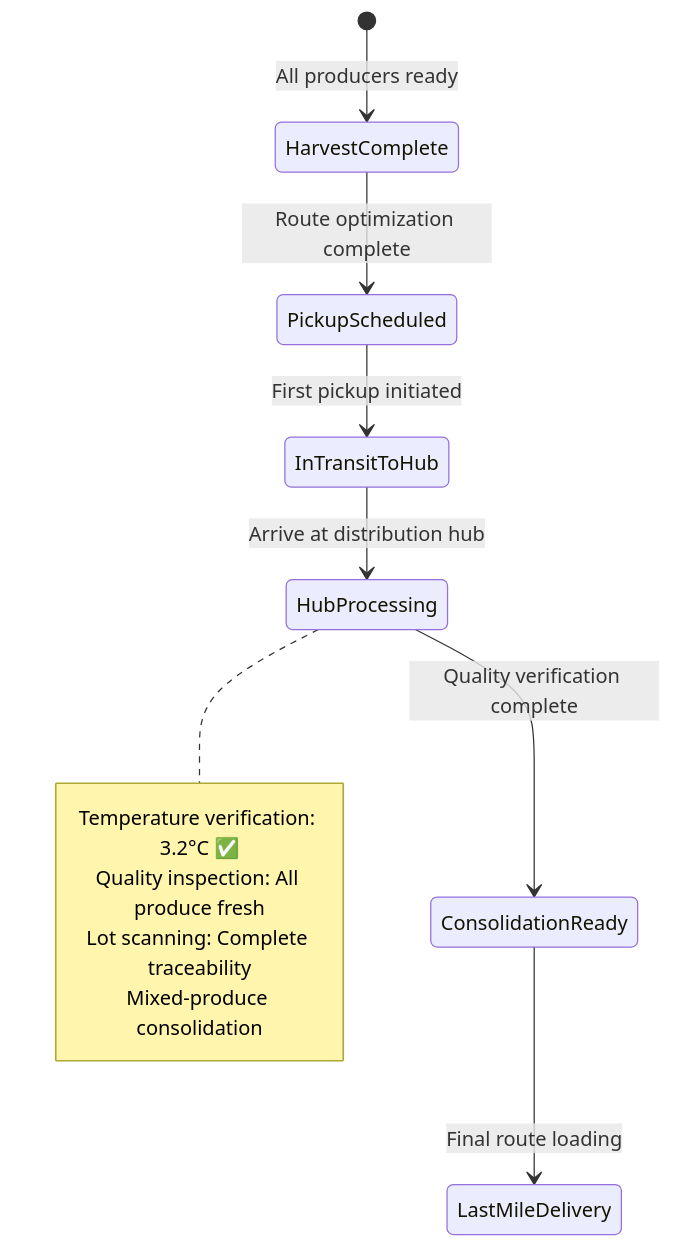
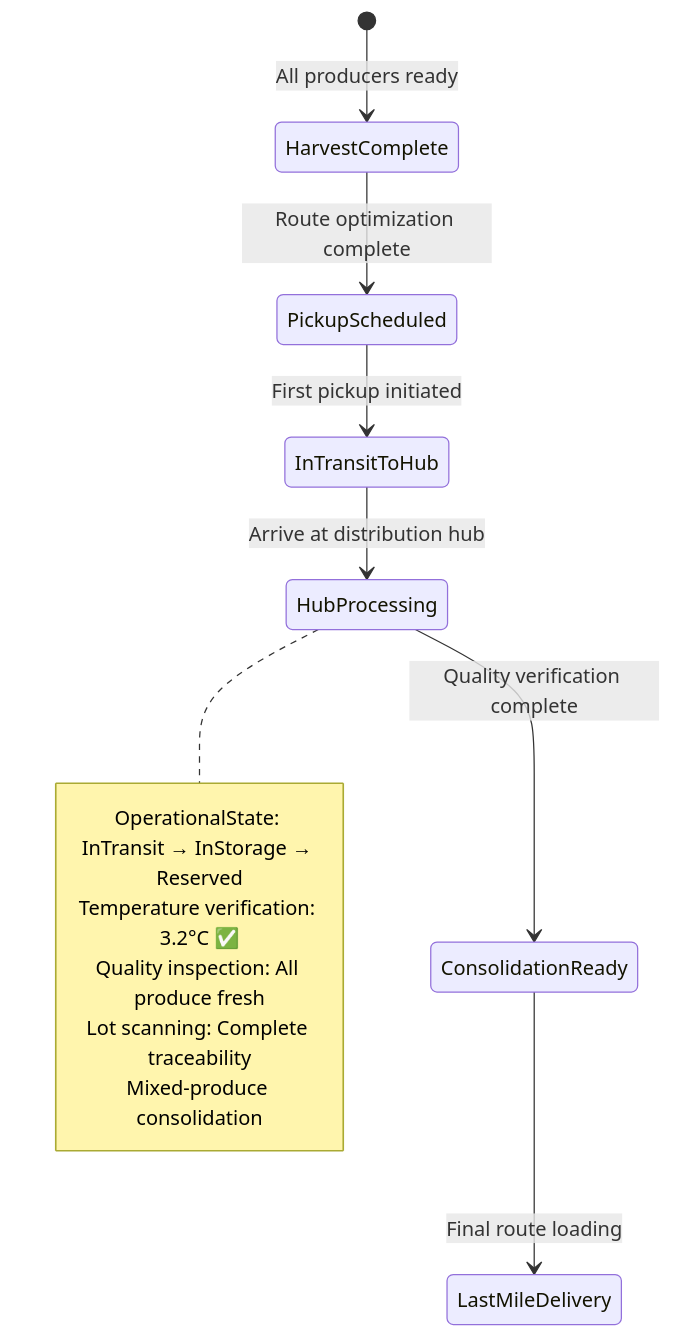
One commit to Sensorica/nondominium changed the third of 9 diagrams in documentation/Applications/user-story/user-story-food-basket.md. Above: the diagram before and after it, drawn with Mermaid. The commit also changed other lines of this file and 99 other files, not shown here.

````diff
--- a/documentation/Applications/user-story/user-story-food-basket.md
+++ b/documentation/Applications/user-story/user-story-food-basket.md
@@ -111,16 +128,17 @@
 ```mermaid
 stateDiagram-v2
     [*] --> HarvestComplete: All producers ready
     HarvestComplete --> PickupScheduled: Route optimization complete
     PickupScheduled --> InTransitToHub: First pickup initiated
     InTransitToHub --> HubProcessing: Arrive at distribution hub
     HubProcessing --> ConsolidationReady: Quality verification complete
     ConsolidationReady --> LastMileDelivery: Final route loading
 
     note right of HubProcessing
+        OperationalState: InTransit → InStorage → Reserved
         Temperature verification: 3.2°C ✅
         Quality inspection: All produce fresh
         Lot scanning: Complete traceability
         Mixed-produce consolidation
     end note
 ```
````
